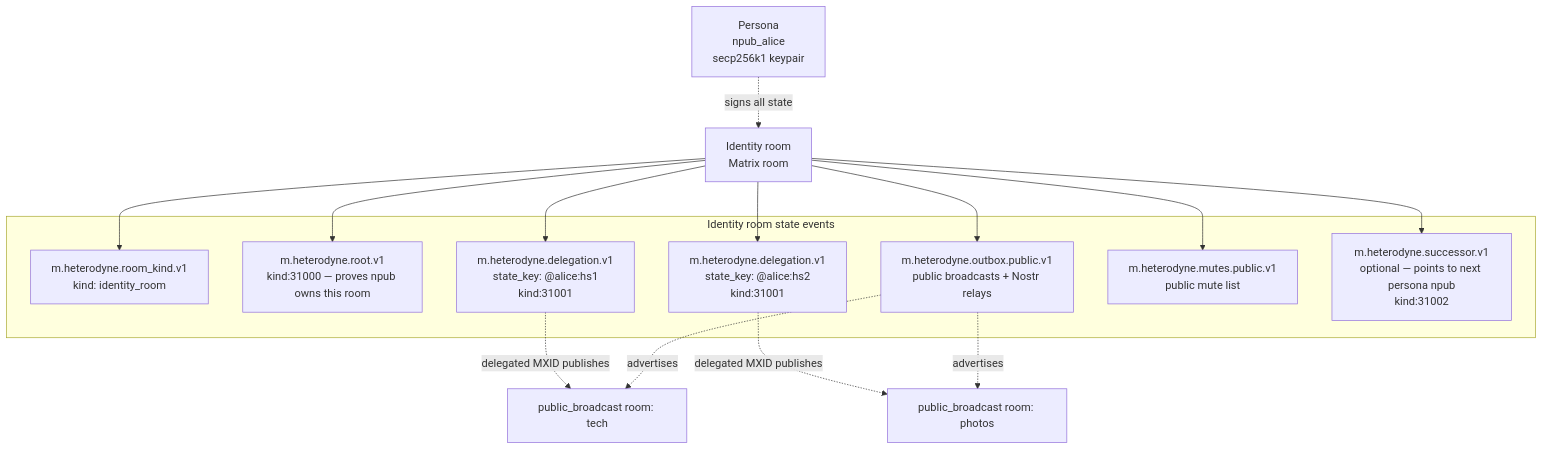
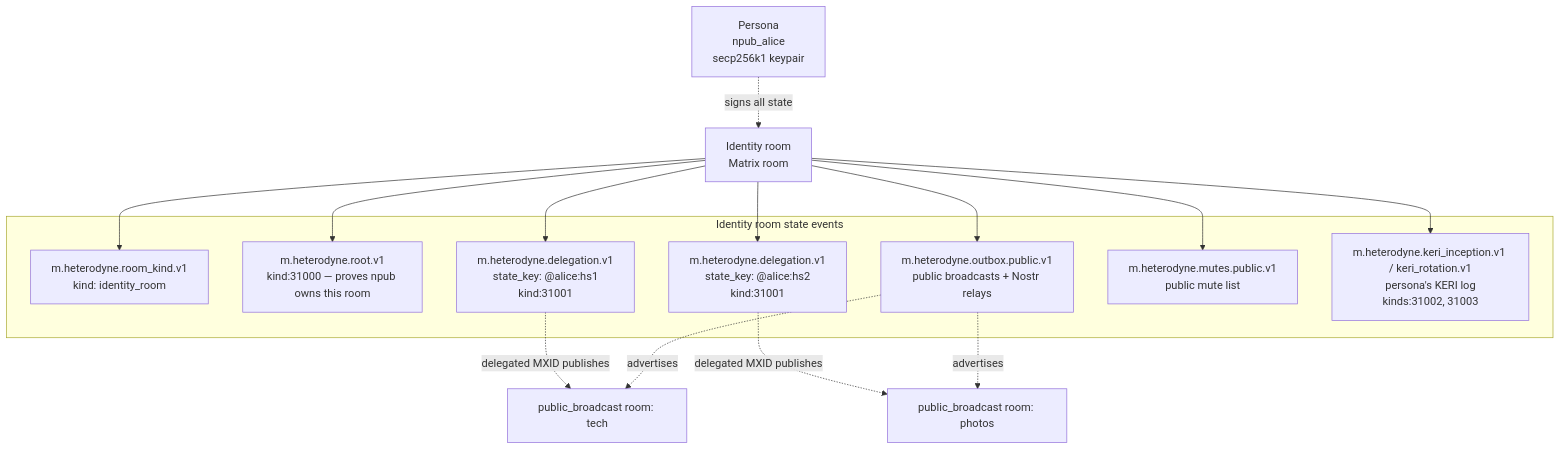
Before and after one commit to HeterodyneNetwork/HeterodyneProtocol: the second of 5 diagrams in docs/spec/heterodyne.md, drawn with Mermaid. The commit also changed other lines of this file and 3 other files, not shown here.

````diff
--- a/docs/spec/heterodyne.md
+++ b/docs/spec/heterodyne.md
@@ -249,30 +330,30 @@
 ```mermaid
 graph TB
     Persona[Persona<br/>npub_alice<br/>secp256k1 keypair]
     IR[Identity room<br/>Matrix room]
 
     Persona -.signs all state.-> IR
 
     subgraph IdentityRoom["Identity room state events"]
         RK[m.heterodyne.room_kind.v1<br/>kind: identity_room]
         Root[m.heterodyne.root.v1<br/>kind:31000 — proves npub owns this room]
         D1[m.heterodyne.delegation.v1<br/>state_key: @alice:hs1<br/>kind:31001]
         D2[m.heterodyne.delegation.v1<br/>state_key: @alice:hs2<br/>kind:31001]
         OPub[m.heterodyne.outbox.public.v1<br/>public broadcasts + Nostr relays]
         MutesPub[m.heterodyne.mutes.public.v1<br/>public mute list]
-        Chain[m.heterodyne.successor.v1<br/>optional — points to next persona npub<br/>kind:31002]
+        Chain[m.heterodyne.keri_inception.v1 / keri_rotation.v1<br/>persona's KERI log<br/>kinds:31002, 31003]
     end
 
     IR --> RK
     IR --> Root
     IR --> D1
     IR --> D2
     IR --> OPub
     IR --> MutesPub
     IR --> Chain
 
     D1 -.delegated MXID publishes.-> OB1[public_broadcast room: tech]
     D2 -.delegated MXID publishes.-> OB2[public_broadcast room: photos]
     OPub -.advertises.-> OB1
     OPub -.advertises.-> OB2
 ```
````
